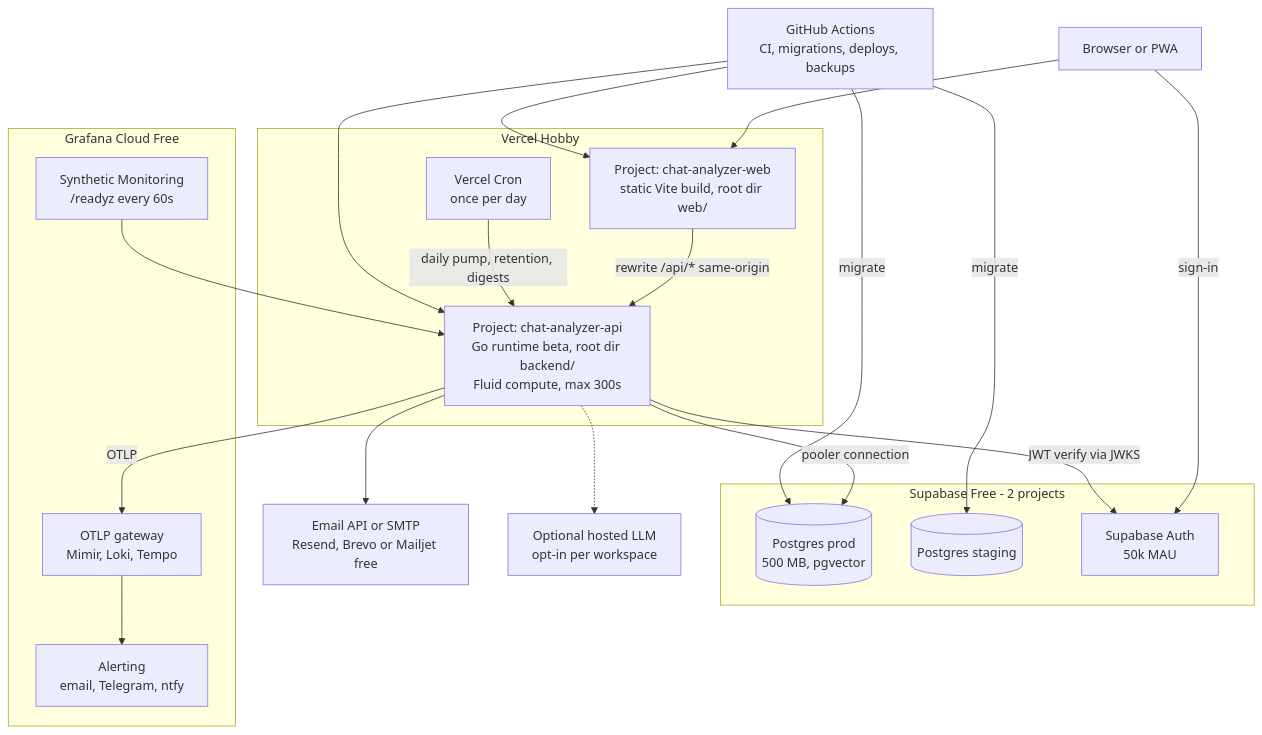
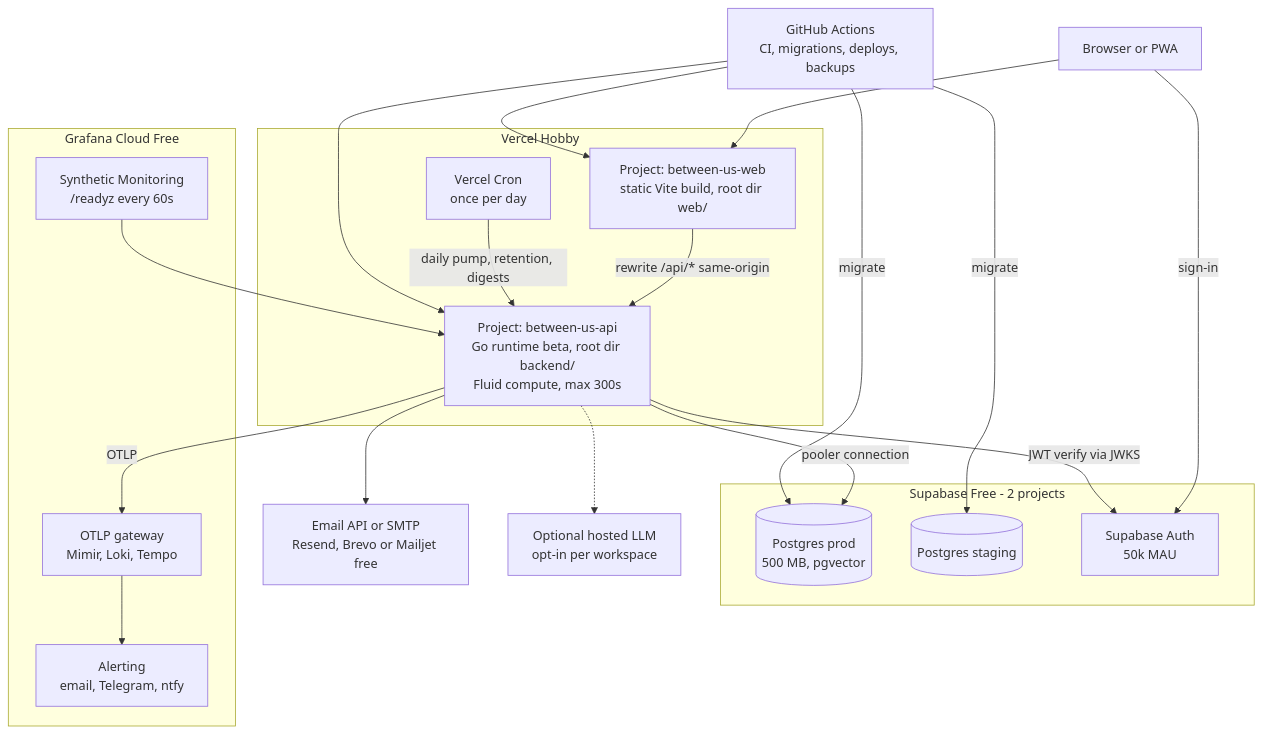
One commit to KshitijV97/between-us changed the third of 5 diagrams in docs/07-deployment.md. Above: the diagram before and after it, drawn with Mermaid. The commit also changed other lines of this file and 70 other files, not shown here.

First line of the commit message:
chore: rename project to Between Us

````diff
--- a/docs/07-deployment.md
+++ b/docs/07-deployment.md
@@ -135,38 +135,38 @@
 ```mermaid
 flowchart TB
     user["Browser or PWA"]
     subgraph Vercel["Vercel Hobby"]
-        webp["Project: chat-analyzer-web<br/>static Vite build, root dir web/"]
-        apip["Project: chat-analyzer-api<br/>Go runtime beta, root dir backend/<br/>Fluid compute, max 300s"]
+        webp["Project: between-us-web<br/>static Vite build, root dir web/"]
+        apip["Project: between-us-api<br/>Go runtime beta, root dir backend/<br/>Fluid compute, max 300s"]
         cron["Vercel Cron<br/>once per day"]
     end
     subgraph Supabase["Supabase Free - 2 projects"]
         pgprod[("Postgres prod<br/>500 MB, pgvector")]
         pgstg[("Postgres staging")]
         auth["Supabase Auth<br/>50k MAU"]
     end
     subgraph Grafana["Grafana Cloud Free"]
         otlp["OTLP gateway<br/>Mimir, Loki, Tempo"]
         synth["Synthetic Monitoring<br/>/readyz every 60s"]
         alerting["Alerting<br/>email, Telegram, ntfy"]
     end
     mailp["Email API or SMTP<br/>Resend, Brevo or Mailjet free"]
     llm["Optional hosted LLM<br/>opt-in per workspace"]
     gh["GitHub Actions<br/>CI, migrations, deploys, backups"]
 
     user --> webp
     webp -->|"rewrite /api/* same-origin"| apip
     user -->|"sign-in"| auth
     apip -->|"JWT verify via JWKS"| auth
     apip -->|"pooler connection"| pgprod
     apip -->|"OTLP"| otlp
     apip --> mailp
     apip -.-> llm
     cron -->|"daily pump, retention, digests"| apip
     synth --> apip
     otlp --> alerting
     gh --> apip
     gh --> webp
     gh -->|"migrate"| pgprod
     gh -->|"migrate"| pgstg
 ```
````
